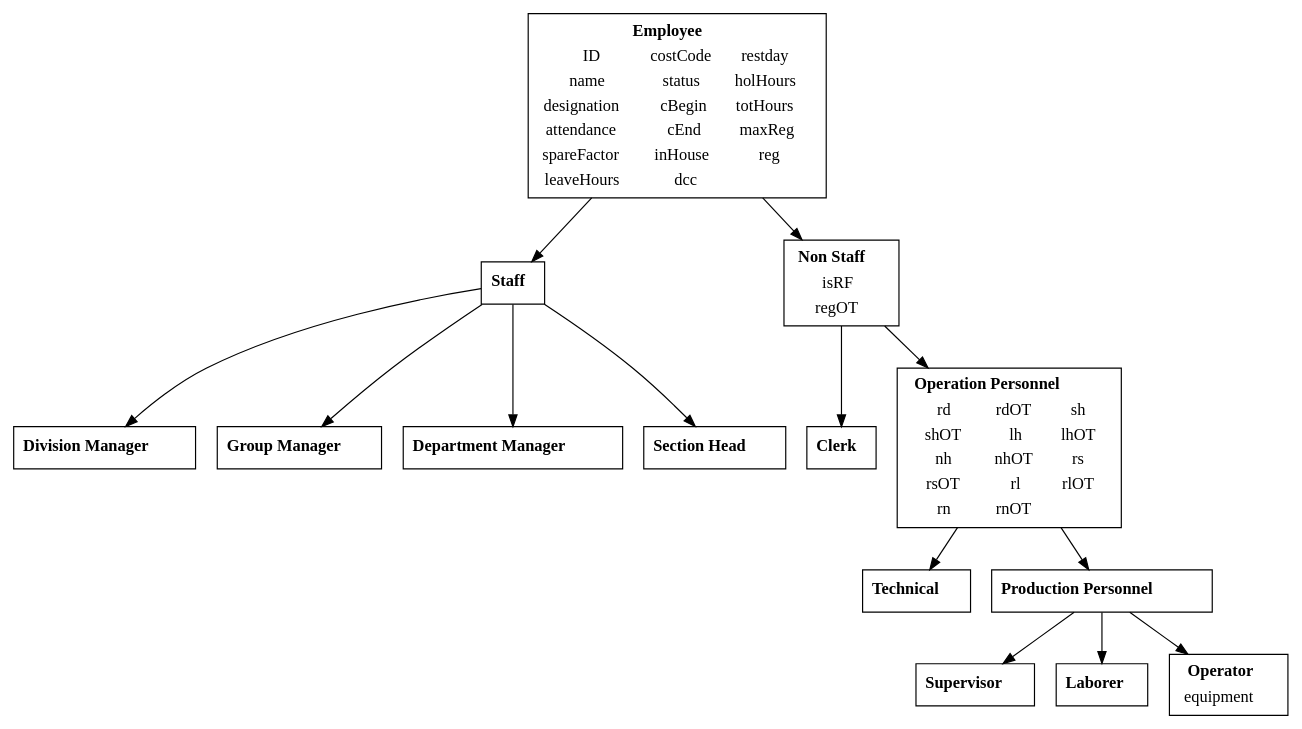
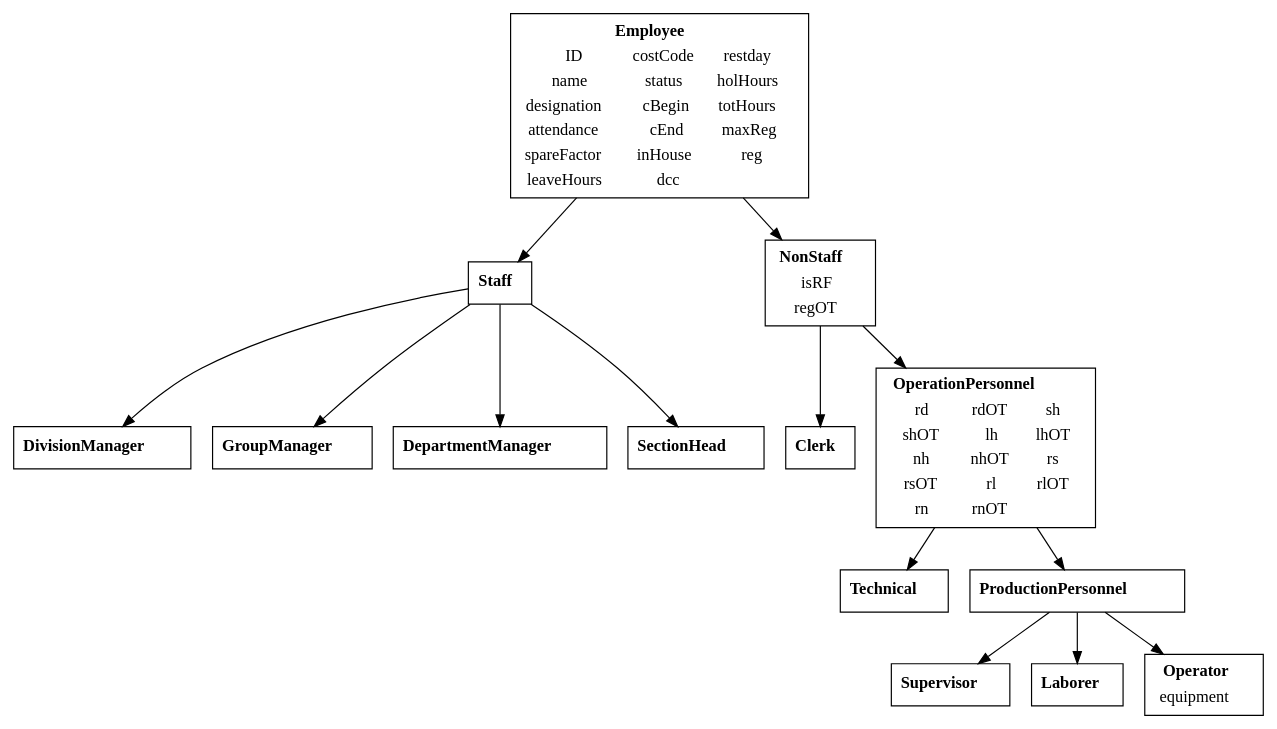
One commit to basilrabi/mansched changed the diagram in vignettes/class.Rmd. Above: the diagram before and after it, drawn with Graphviz. The commit also changed 44 other files, not shown here.

```diff
--- a/vignettes/class.Rmd
+++ b/vignettes/class.Rmd
@@ -55,19 +55,19 @@
 
 staff [label=<<B>Staff</B>>]
 
-division_manager [label=<<B>Division Manager</B>>]
+division_manager [label=<<B>DivisionManager</B>>]
 
-group_manager [label=<<B>Group Manager</B>>]
+group_manager [label=<<B>GroupManager</B>>]
 
-department_manager [label=<<B>Department Manager</B>>]
+department_manager [label=<<B>DepartmentManager</B>>]
 
-section_head [label=<<B>Section Head</B>>]
+section_head [label=<<B>SectionHead</B>>]
 
 non_staff [label=<
 <TABLE 
   BORDER="0">
   <TR>
-    <TD><B>Non Staff</B></TD>
+    <TD><B>NonStaff</B></TD>
   </TR>
   <TR>
     <TD>isRF</TD>
@@ -83,7 +83,7 @@
 <TABLE
   BORDER="0">
   <TR>
-    <TD COLSPAN="3"><B>Operation Personnel</B></TD>
+    <TD COLSPAN="3"><B>OperationPersonnel</B></TD>
   </TR>
   <TR>
     <TD>rd</TD>
@@ -114,7 +114,7 @@
 
 technical [label=<<B>Technical</B>>]
 
-production_personnel [label=<<B>Production Personnel</B>>]
+production_personnel [label=<<B>ProductionPersonnel</B>>]
 
 supervisor [label=<<B>Supervisor</B>>]
 
```
